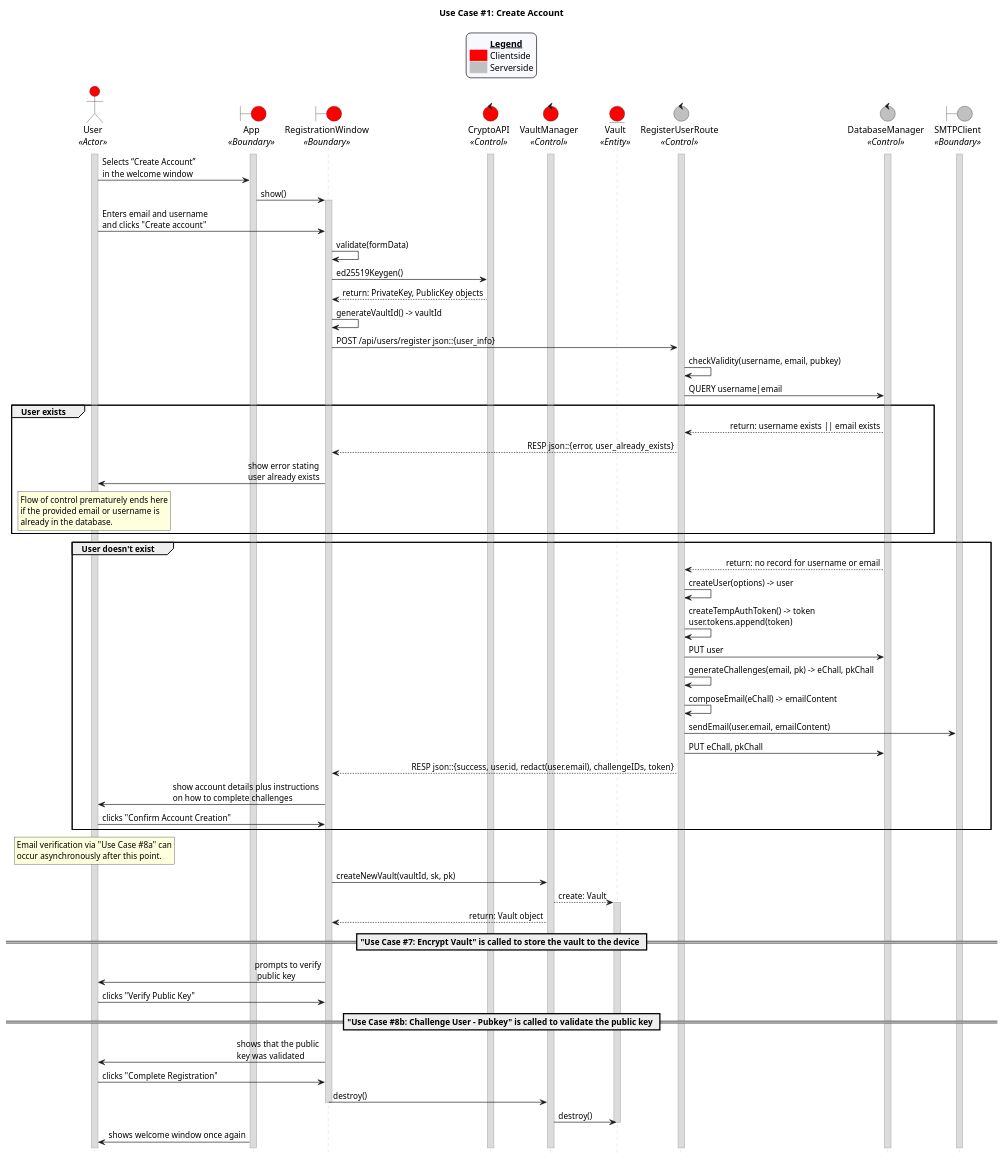
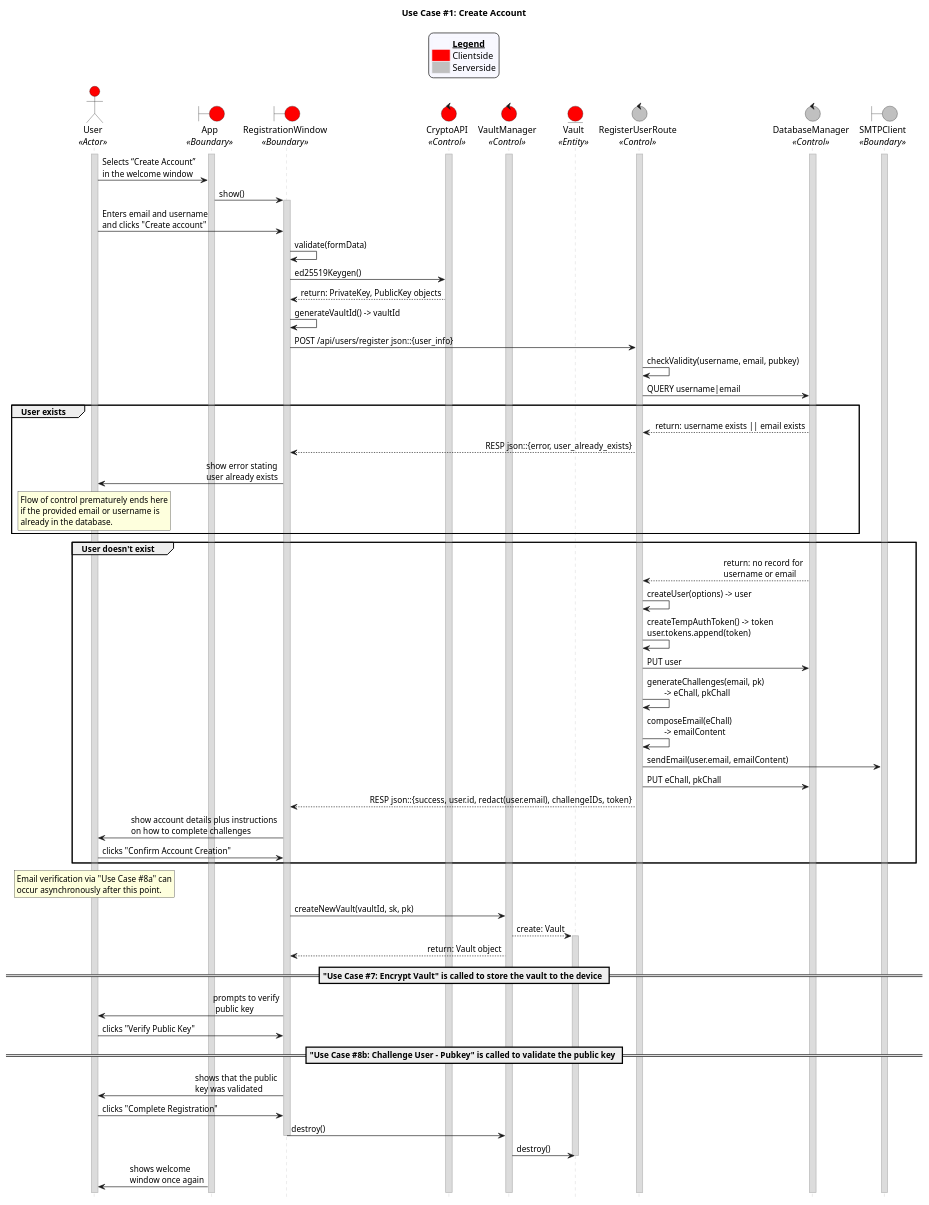
Before and after one commit to CECS-491-SP24-Group-1/seq-diagrams: the diagram in uc_01.puml, drawn with PlantUML.

Commit message:
Add some linebreaks to uc01

```diff
--- a/uc_01.puml
+++ b/uc_01.puml
@@ -1,131 +1,131 @@
 @startuml uc01
 title "Use Case #1: Create Account"
 
 
 'Styling goes here
 hide footbox
 skinparam stereotypePosition bottom
 skinparam sequenceMessageAlign direction
 skinparam sequence {
 	LifeLineBorderColor #Silver
 	LifeLineBackgroundColor #Gainsboro
 }
 
 'Add a legend plus styling
 skinparam legend {
 	backgroundColor #GhostWhite
 	entrySeparator #GhostWhite
 }
 
 legend top
 	<#GhostWhite,#GhostWhite>|	|= __Legend__ |
 	|<#red> | Clientside|
 	|<#silver> | Serverside|
 endlegend
 
 'Setup the objects involved here
 actor User as u <<Actor>> #red
 boundary App as a <<Boundary>> #red
 boundary RegistrationWindow as rw <<Boundary>> #red
 control CryptoAPI as ca <<Control>> #red
 control VaultManager as vm <<Control>> #red
 entity Vault as v <<Entity>> #red
 control RegisterUserRoute as rur <<Control>> #silver
 control DatabaseManager as db <<Control>> #silver
 boundary SMTPClient as sc <<Boundary>> #silver
 
 'Setup persistent objects here
 activate u 
 activate a
 activate ca
 activate vm
 activate rur
 activate db
 activate sc
 
 '--- FLOW OF CONTROL STARTS HERE ---
 'User selects “Create Account” on the front page.
 u -> a: Selects “Create Account” \nin the welcome window
 
 'System shows a form to create the account.
 a -> rw: show()
 activate rw
 
 'User enters email address, username. User clicks “Create Account” button.
 u -> rw: Enters email and username \nand clicks "Create account"
 rw -> rw: validate(formData)
 
 'User’s device generates a UUID for the user and vault, timestamp, crypto key pair, and an identifier for the vault.
 rw -> ca: ed25519Keygen()
 ca --> rw: return: PrivateKey, PublicKey objects
 rw -> rw: generateVaultId() -> vaultId
 
 'User’s device sends the UUID of the user, timestamp, and generated public key to the server. The private key stays on the device for security reasons (CRITICAL).
 rw -> rur: POST /api/users/register json::{user_info}
 
 'Server checks if the account already exists
 rur -> rur: checkValidity(username, email, pubkey)
 rur -> db: QUERY username|email
 
 group User exists
 	db --> rur: return: username exists || email exists
 	rur --> rw: RESP json::{error, user_already_exists}
 	rw -> u: show error stating \nuser already exists
 	rnote over u
 	Flow of control prematurely ends here
 	if the provided email or username is
 	already in the database.
 	endrnote
 end
 
 group User doesn't exist
 	'Server creates the user and issues a temporary access token
-	db --> rur: return: no record for username or email
+	db --> rur: return: no record for \nusername or email
 	rur -> rur: createUser(options) -> user
 	rur -> rur: createTempAuthToken() -> token \nuser.tokens.append(token)
 	rur -> db: PUT user
-	rur -> rur: generateChallenges(email, pk) -> eChall, pkChall
+	rur -> rur: generateChallenges(email, pk) \n\t-> eChall, pkChall
 
 	'Server sends an email to the user to confirm creation of the account.
-	rur -> rur: composeEmail(eChall) -> emailContent
+	rur -> rur: composeEmail(eChall) \n\t-> emailContent
 	rur -> sc: sendEmail(user.email, emailContent)
 	rur -> db: PUT eChall, pkChall
 
 	'Server sends the response back and it's confirmed.
 	rur --> rw: RESP json::{success, user.id, redact(user.email), challengeIDs, token}
 	rw -> u: show account details plus instructions \non how to complete challenges
 	u -> rw: clicks "Confirm Account Creation"
 end
 
 rnote over u
 Email verification via "Use Case #8a" can
 occur asynchronously after this point.
 endrnote
 
 'User’s device creates a vault with the details provided by the user and the data that was generated.
 rw -> vm: createNewVault(vaultId, sk, pk)
 vm --> v: create: Vault
 activate v
 vm --> rw: return: Vault object
 
 == "Use Case #7: Encrypt Vault" is called to store the vault to the device ==
 
 'User begins the challenge process
 rw -> u: prompts to verify\n public key
 u -> rw: clicks "Verify Public Key"
 
 == "Use Case #8b: Challenge User - Pubkey" is called to validate the public key ==
 
 'In-app challenges are completed
 rw -> u: shows that the public \nkey was validated
 u -> rw: clicks "Complete Registration"
 rw -> vm: destroy()
 deactivate rw
 vm -> v: destroy()
 deactivate v
 
 'Cleanup
-a -> u: shows welcome window once again
+a -> u: shows welcome \nwindow once again
 '--- FLOW OF CONTROL ENDS HERE   ---
 
 @enduml
```
